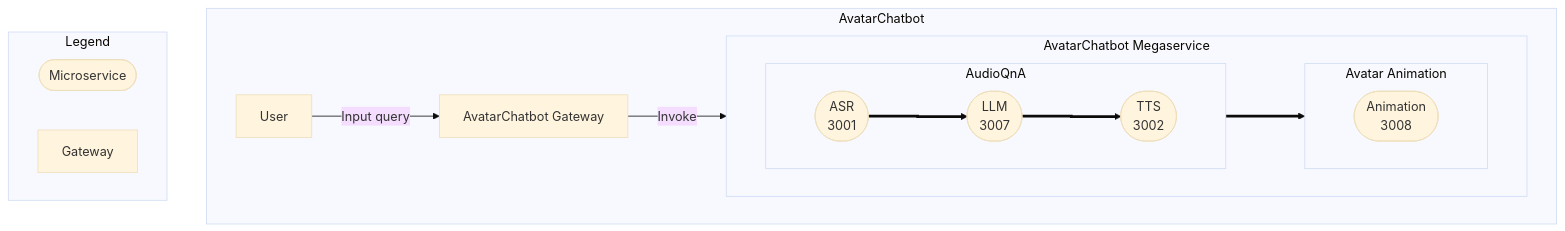
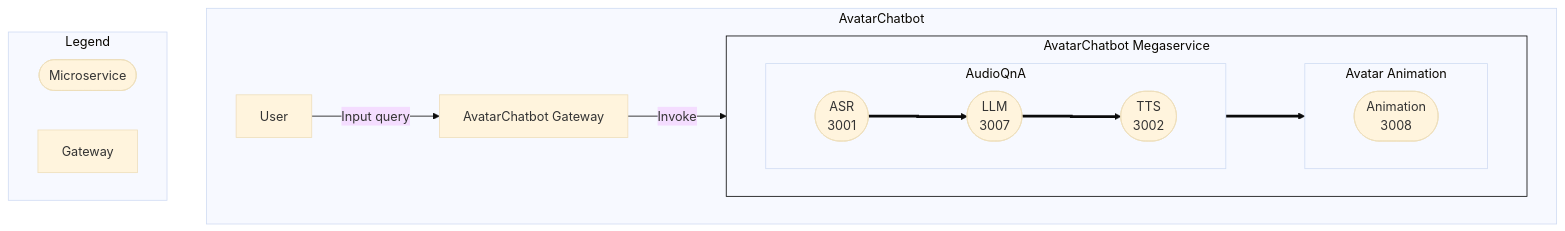
The first of 2 diagrams in community/rfcs/24-08-02-OPEA-AIAvatarChatbot.md (opea-project/docs), drawn with Mermaid before and after one commit.

Commit message:
update flowchart

````diff
--- a/community/rfcs/24-08-02-OPEA-AIAvatarChatbot.md
+++ b/community/rfcs/24-08-02-OPEA-AIAvatarChatbot.md
@@ -65,29 +65,30 @@
 ```mermaid
 %%{ init : { "theme" : "base", "flowchart" : { "curve" : "stepBefore" }}}%%
 flowchart TB
+    style Megaservice stroke:#000000
     subgraph AvatarChatbot
         direction LR
         A[User] --> |Input query| B[AvatarChatbot Gateway]
         B --> |Invoke| Megaservice
         subgraph Megaservice["AvatarChatbot Megaservice"]
             direction LR
             subgraph AudioQnA["AudioQnA"]
                 direction LR
                 C([ASR<br>3001])
                 E([LLM<br>3007])
                 G([TTS<br>3002])
                 C ==> E ==> G
             end
             subgraph AvatarAnimation["Avatar Animation"]
                 direction LR
                 I([Animation<br>3008])
             end
             G ==> I
         end
     end
     subgraph Legend
         direction LR
         L([Microservice]) 
         N[Gateway]
     end
 ```
````
